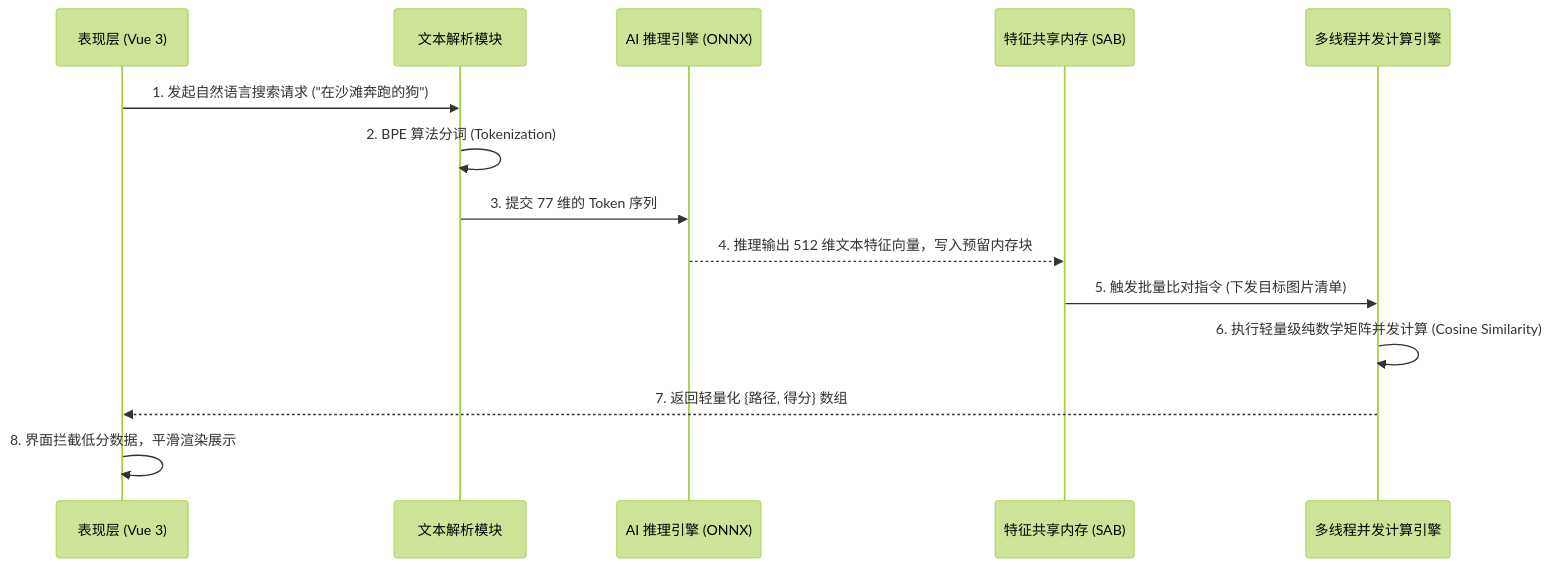
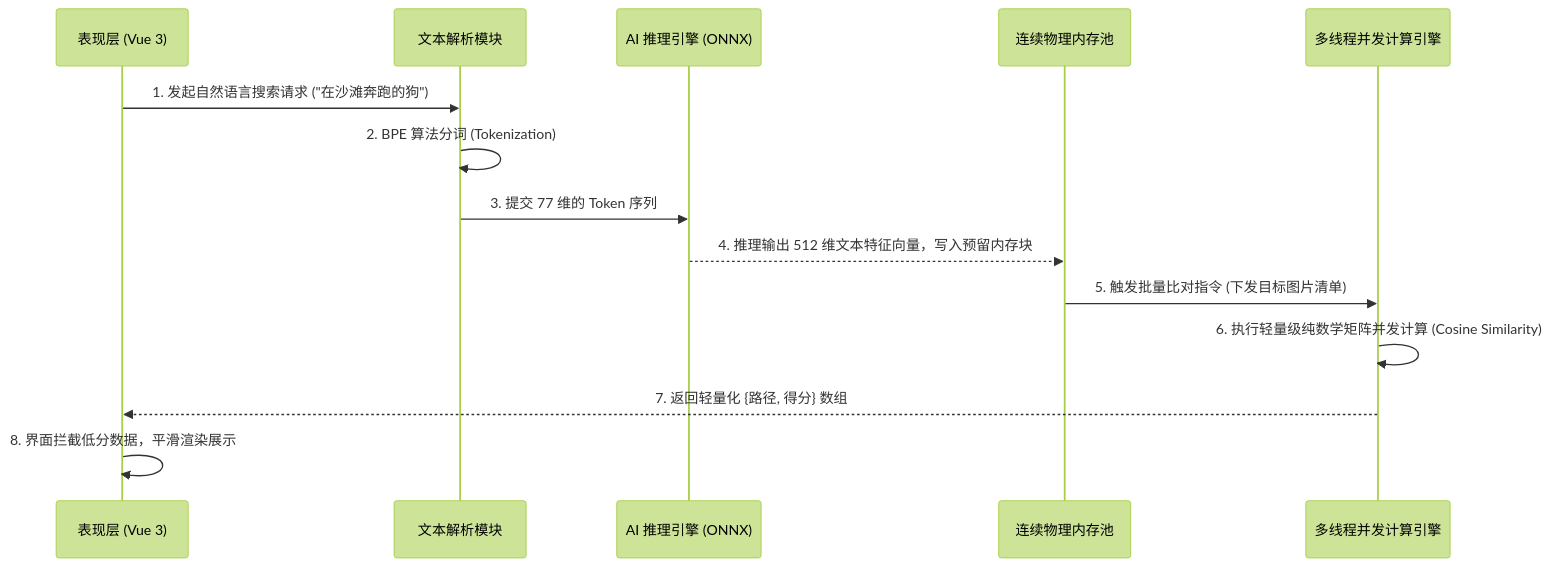
Before and after one commit to NovaMindLab/AIShare-Grabber: the second of 2 diagrams in wiki/features/semantic_search_architecture.md, drawn with Mermaid (forest theme). The commit also changed other lines of this file, not shown here.

````diff
--- a/wiki/features/semantic_search_architecture.md
+++ b/wiki/features/semantic_search_architecture.md
@@ -43,17 +43,17 @@
 ```mermaid
 sequenceDiagram
     participant Vue as 表现层 (Vue 3)
     participant NLP as 文本解析模块
     participant ONNX as AI 推理引擎 (ONNX)
-    participant Mem as 特征共享内存 (SAB)
+    participant Mem as 连续物理内存池
     participant Calc as 多线程并发计算引擎
 
     Vue->>NLP: 1. 发起自然语言搜索请求 ("在沙滩奔跑的狗")
     NLP->>NLP: 2. BPE 算法分词 (Tokenization)
     NLP->>ONNX: 3. 提交 77 维的 Token 序列
     ONNX-->>Mem: 4. 推理输出 512 维文本特征向量，写入预留内存块
     Mem->>Calc: 5. 触发批量比对指令 (下发目标图片清单)
     Calc->>Calc: 6. 执行轻量级纯数学矩阵并发计算 (Cosine Similarity)
     Calc-->>Vue: 7. 返回轻量化 {路径, 得分} 数组
     Vue->>Vue: 8. 界面拦截低分数据，平滑渲染展示
 ```
````
